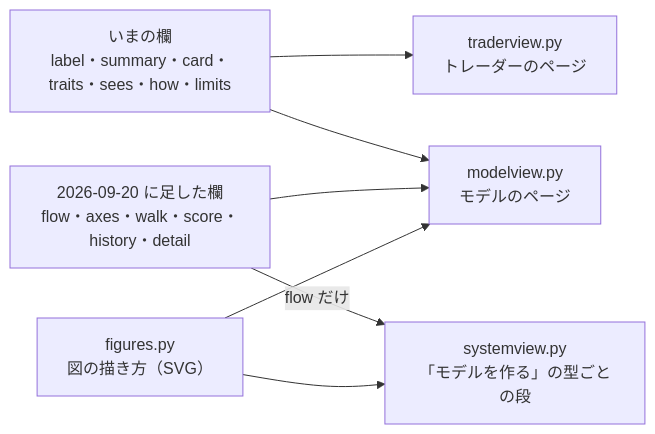
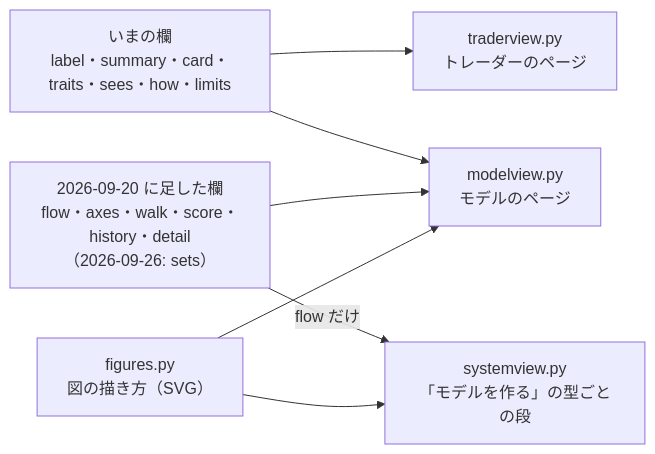
Before and after one commit to akiraak/ai-income-lab: diagram 19 of 22 in docs/specs/dashboard.md, drawn with Mermaid. The commit also changed other lines of this file and 6 other files, not shown here.

````diff
--- a/docs/specs/dashboard.md
+++ b/docs/specs/dashboard.md
@@ -1085,9 +1086,9 @@
 ```mermaid
 flowchart LR
   OLD["いまの欄<br/>label・summary・card・traits・sees・how・limits"] --> TV["traderview.py<br/>トレーダーのページ"]
   OLD --> MV["modelview.py<br/>モデルのページ"]
-  NEW["2026-09-20 に足した欄<br/>flow・axes・walk・score・history・detail"] --> MV
+  NEW["2026-09-20 に足した欄<br/>flow・axes・walk・score・history・detail<br/>（2026-09-26: sets）"] --> MV
   NEW -- "flow だけ" --> SV["systemview.py<br/>「モデルを作る」の型ごとの段"]
   F["figures.py<br/>図の描き方（SVG）"] --> MV
   F --> SV
 ```
````
